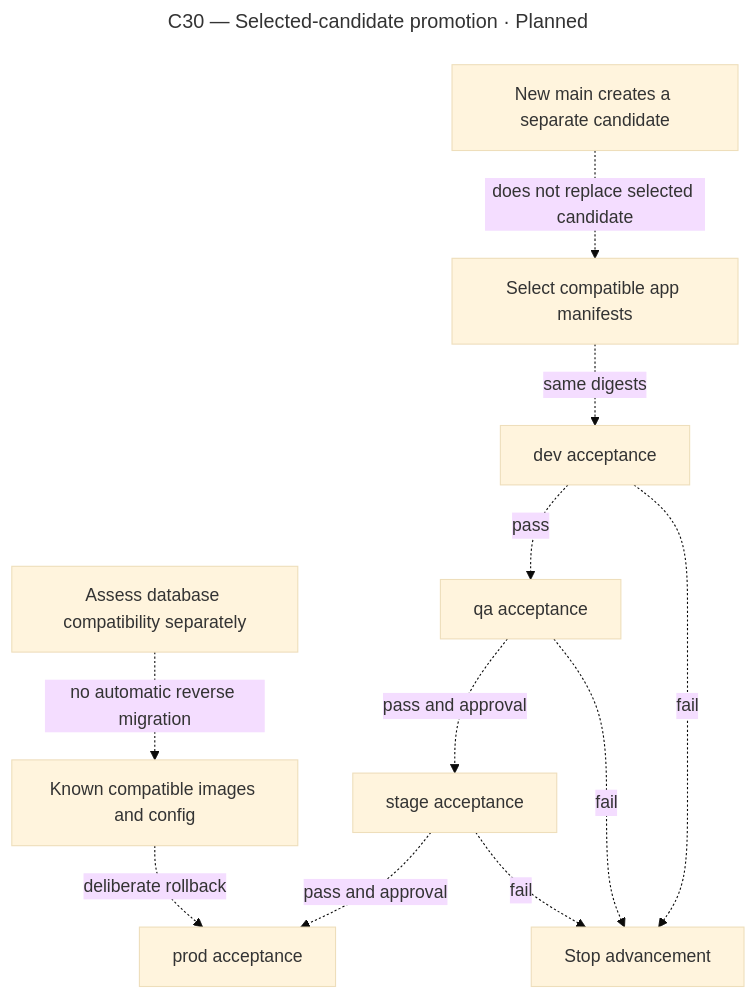
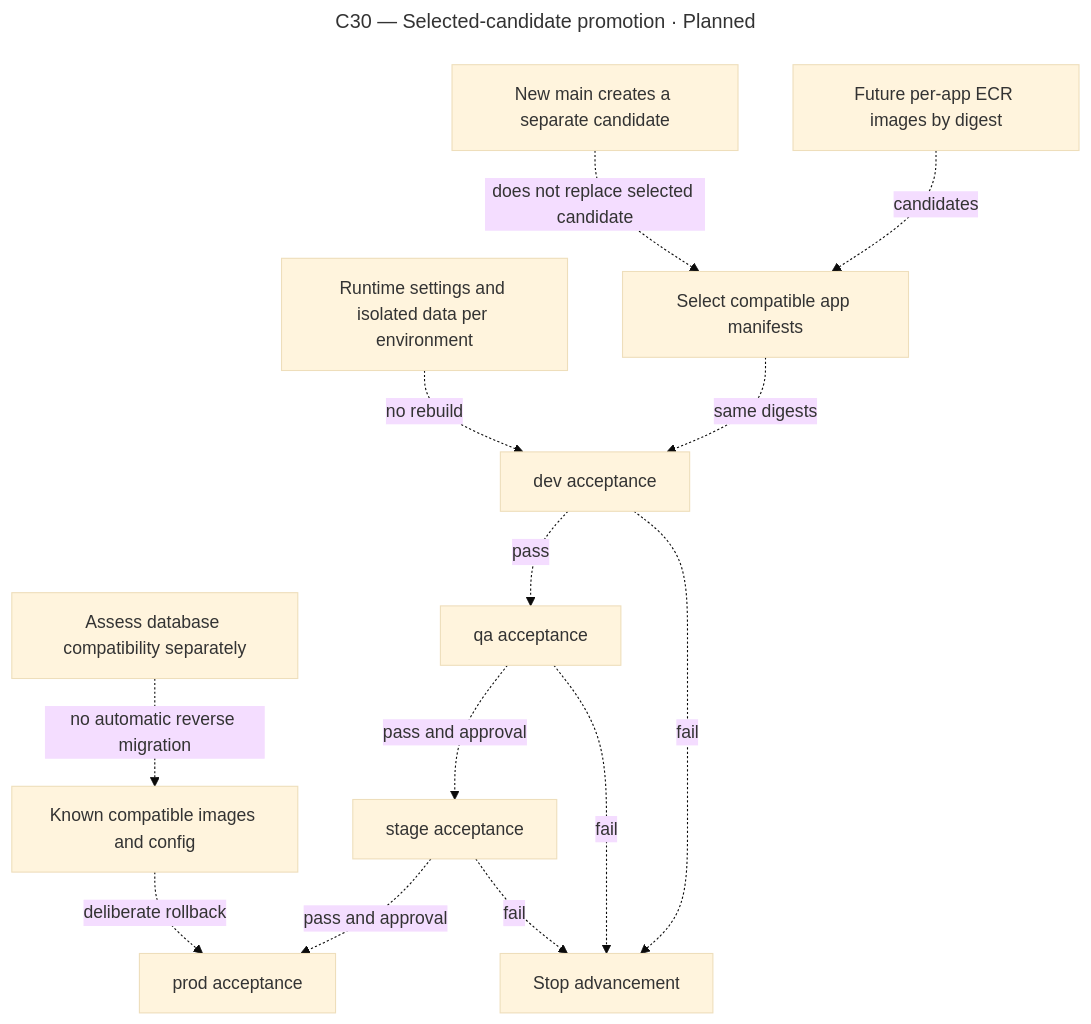
Before and after one commit to ashvir99260/flowboard: the diagram in docs/diagrams/sources/c30-selected-candidate-promotion.mmd, drawn with Mermaid (base theme). The commit also changed 42 other files, not shown here.

Commit message:
docs: reconcile architecture with deployed services

```diff
--- a/docs/diagrams/sources/c30-selected-candidate-promotion.mmd
+++ b/docs/diagrams/sources/c30-selected-candidate-promotion.mmd
@@ -1,14 +1,16 @@
 ---
 title: "C30 — Selected-candidate promotion · Planned"
 ---
 flowchart TD
-  Release[Select compatible app manifests] -. same digests .-> Dev[dev acceptance]
+  ECR[Future per-app ECR images by digest] -. candidates .-> Release[Select compatible app manifests]
+  Release -. same digests .-> Dev[dev acceptance]
   Dev -. pass .-> QA[qa acceptance]
   QA -. pass and approval .-> Stage[stage acceptance]
   Stage -. pass and approval .-> Prod[prod acceptance]
   Dev -. fail .-> Stop[Stop advancement]
   QA -. fail .-> Stop
   Stage -. fail .-> Stop
   NewMain[New main creates a separate candidate] -. does not replace selected candidate .-> Release
+  Config[Runtime settings and isolated data per environment] -. no rebuild .-> Dev
   Previous[Known compatible images and config] -. deliberate rollback .-> Prod
   Schema[Assess database compatibility separately] -. no automatic reverse migration .-> Previous
```
